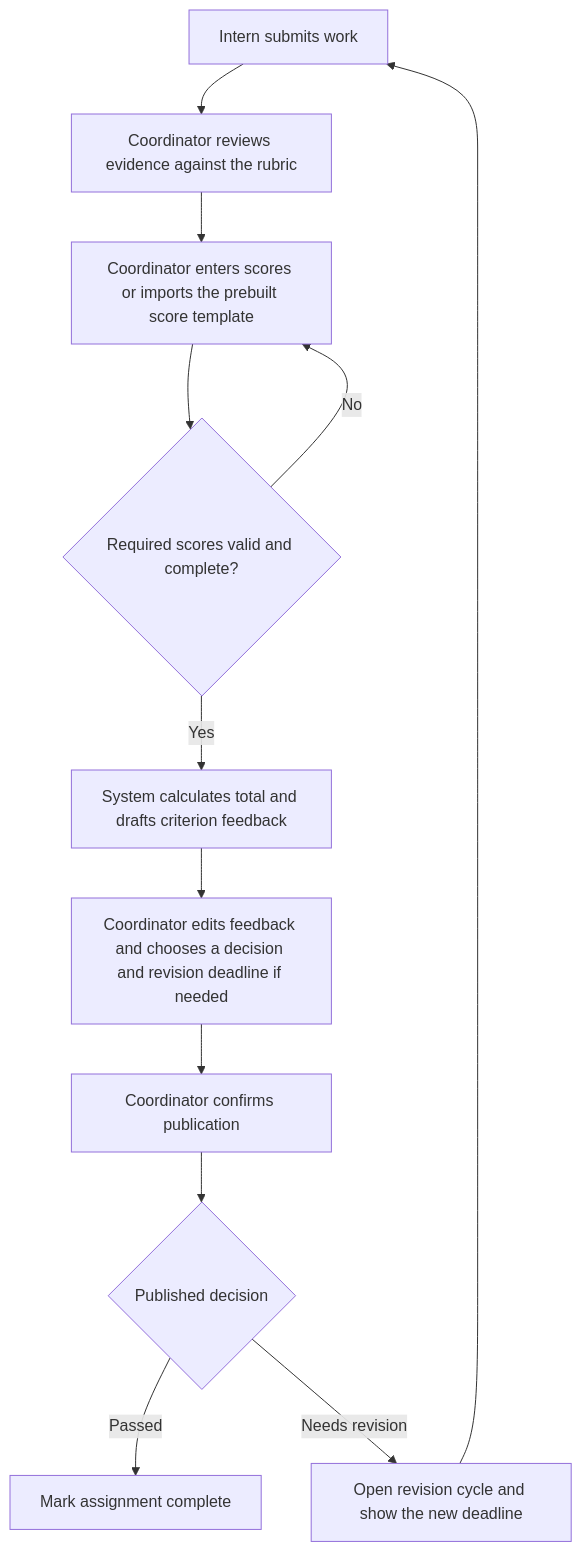
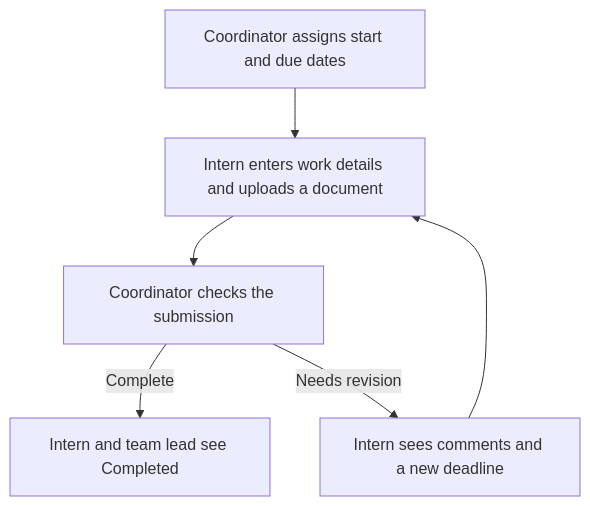
One commit to BalaBharathiS1903/Internship-Task-Tracking-and-Assessment-System changed the fourth of 4 diagrams in IMPLEMENTATION_PLAN.md. Above: the diagram before and after it, drawn with Mermaid. The commit also changed other lines of this file and 32 other files, not shown here.

Commit message:
Replace scoring guides with coordinator submission verification

````diff
--- a/IMPLEMENTATION_PLAN.md
+++ b/IMPLEMENTATION_PLAN.md
@@ -190,14 +185,8 @@
 ```mermaid
 flowchart TD
-    A[Intern submits work] --> B[Coordinator reviews evidence against the rubric]
-    B --> C[Coordinator enters scores or imports the prebuilt score template]
-    C --> D{Required scores valid and complete?}
-    D -->|No| C
-    D -->|Yes| E[System calculates total and drafts criterion feedback]
-    E --> F[Coordinator edits feedback and chooses a decision and revision deadline if needed]
-    F --> G[Coordinator confirms publication]
-    G --> H{Published decision}
-    H -->|Passed| I[Mark assignment complete]
-    H -->|Needs revision| J[Open revision cycle and show the new deadline]
-    J --> A
+    A[Coordinator assigns start and due dates] --> B[Intern enters work details and uploads a document]
+    B --> C[Coordinator checks the submission]
+    C -->|Complete| D[Intern and team lead see Completed]
+    C -->|Needs revision| E[Intern sees comments and a new deadline]
+    E --> B
 ```
````
